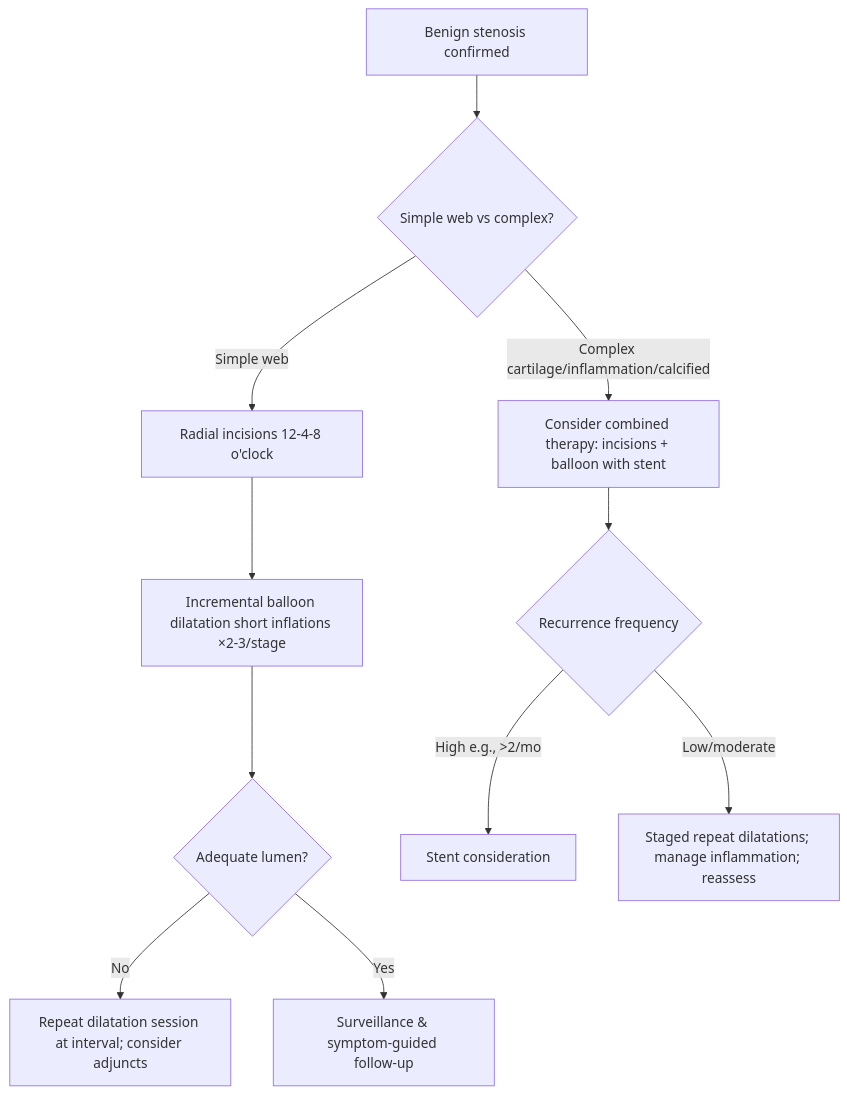
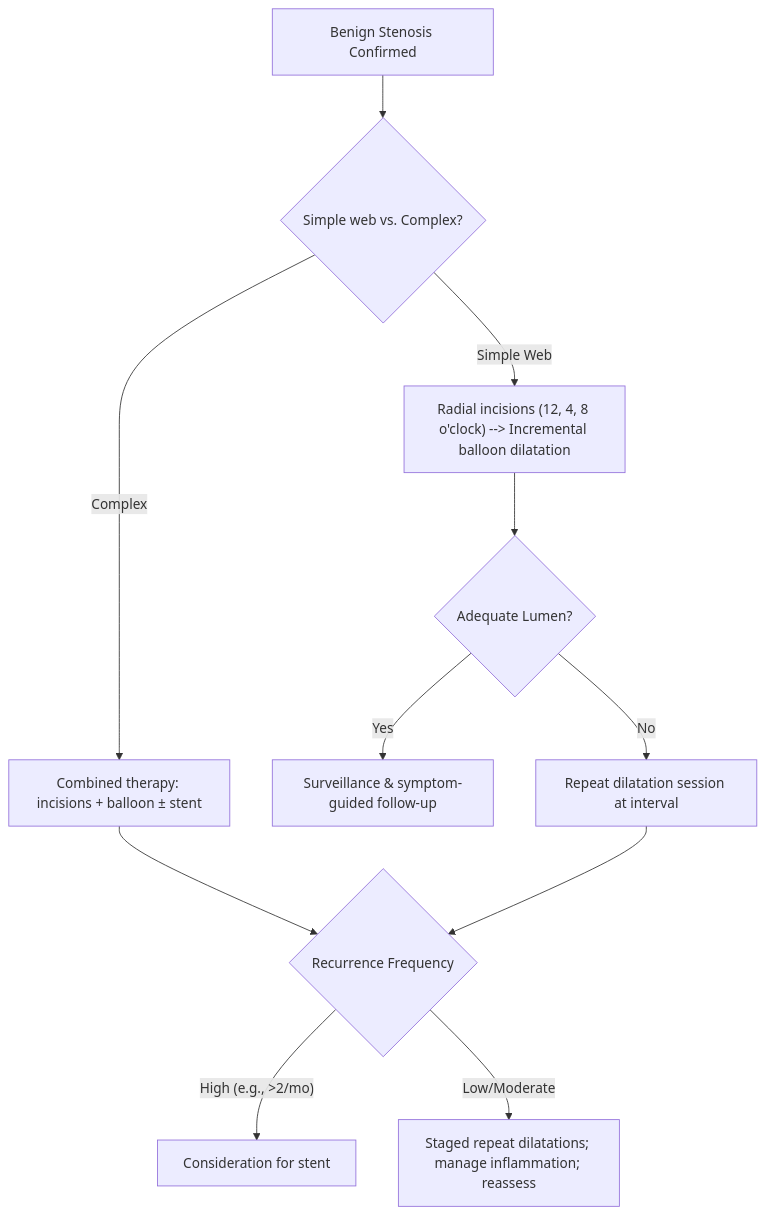
Before and after one commit to russellmiller49/Interventional-Pulm-Education-Project: the second of 2 diagrams in content/modules/board/mechanical-debridement-and-balloon-dilitation.mdx, drawn with Mermaid. The commit also changed other lines of this file and 45 other files, not shown here.

````diff
--- a/content/modules/board/mechanical-debridement-and-balloon-dilitation.mdx
+++ b/content/modules/board/mechanical-debridement-and-balloon-dilitation.mdx
@@ -276,13 +168,13 @@
 ```mermaid
-flowchart TD
-A[Benign stenosis confirmed] --> B{Simple web vs complex?}
-B -->|Simple web| C[Radial incisions 12‑4‑8 o'clock]
-C --> D[Incremental balloon dilatation short inflations ×2-3/stage]
-D --> E{Adequate lumen?}
-E -->|No| F[Repeat dilatation session at interval; consider adjuncts]
-E -->|Yes| G[Surveillance & symptom‑guided follow‑up]
-B -->|Complex cartilage/inflammation/calcified| H[Consider combined therapy: incisions + balloon with stent]
-H --> I{Recurrence frequency}
-I -->|High e.g., &gt;2/mo| J[Stent consideration]
-I -->|Low/moderate| K[Staged repeat dilatations; manage inflammation; reassess]
+graph TD
+        Start["Benign Stenosis Confirmed"] --> Type{"Simple web vs. Complex?"}
+        Type -- "Simple Web" --> SimpleTx["Radial incisions (12, 4, 8 o'clock) --> Incremental balloon dilatation"]
+        Type -- "Complex" --> ComplexTx["Combined therapy: incisions + balloon ± stent"]
+        SimpleTx --> Lumen{"Adequate Lumen?"}
+        Lumen -- "Yes" --> Surveil["Surveillance & symptom-guided follow-up"]
+        Lumen -- "No" --> Repeat["Repeat dilatation session at interval"]
+        ComplexTx --> Recur{"Recurrence Frequency"}
+        Repeat --> Recur
+        Recur -- "High (e.g., >2/mo)" --> Stent["Consideration for stent"]
+        Recur -- "Low/Moderate" --> Staged["Staged repeat dilatations; manage inflammation; reassess"]
 ```
````
